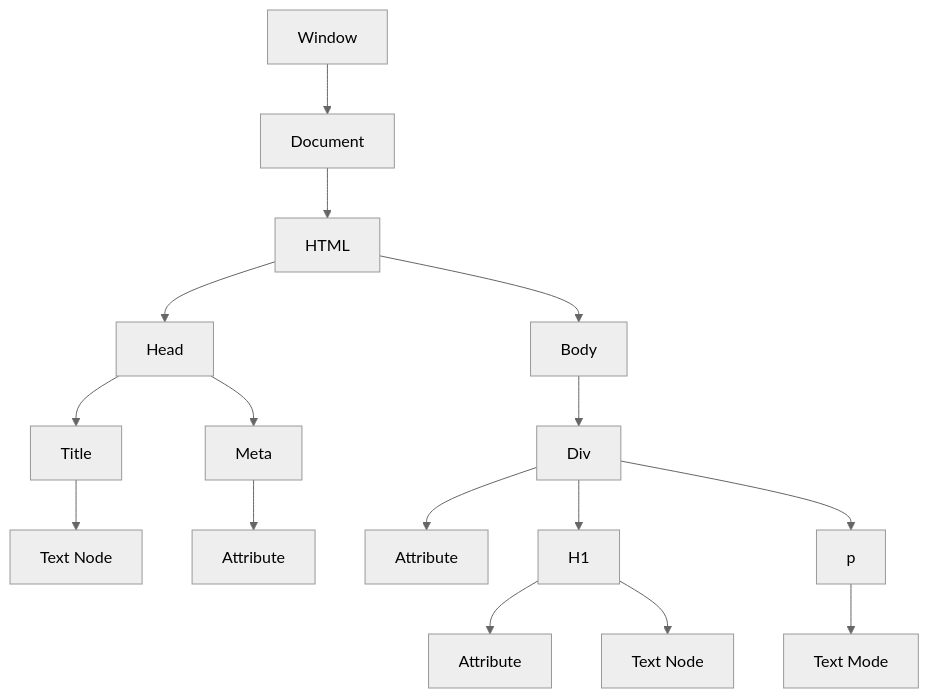
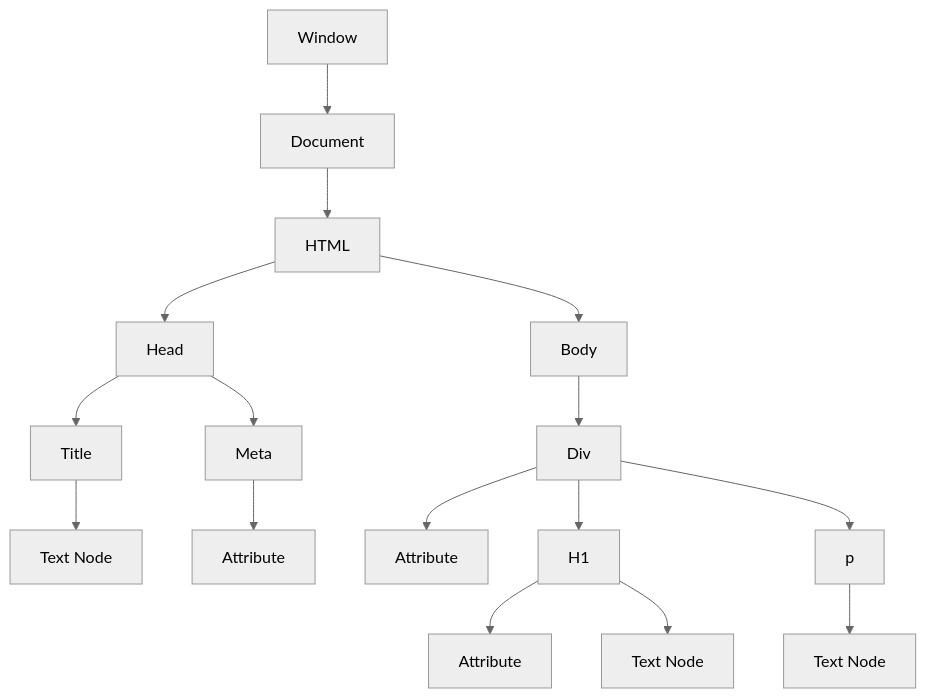
One commit to Kalpa-Ranjan/JavascriptProject1 changed the sixth of 7 diagrams in README.md. Above: the diagram before and after it, drawn with Mermaid (neutral theme). The commit also changed other lines of this file, not shown here.

Commit message:
Updated README.md with DOM v0.06

````diff
--- a/README.md
+++ b/README.md
@@ -426,39 +428,39 @@
 ```mermaid
 graph TD;
     A[Window]
     B[Document]
     C[HTML]
     D[Head]
     E[Body]
     F[Title]
     G[Meta]
     H[Text Node]
     I[Attribute]
     J[Div]
     
     L[Attribute]
     M[H1]
     N[p]
     O[Attribute]
     P[Text Node]
-    Q[Text Mode]
+    Q[Text Node]
 
 
     A --> B
     B --> C
     C --> D
     C --> E
     D --> F
     D --> G
     F --> H
     G --> I
     E --> J
     J --> M
     J --> N
     J --> L
     M --> O
     M --> P
     N --> Q
 
 
 ```
````
